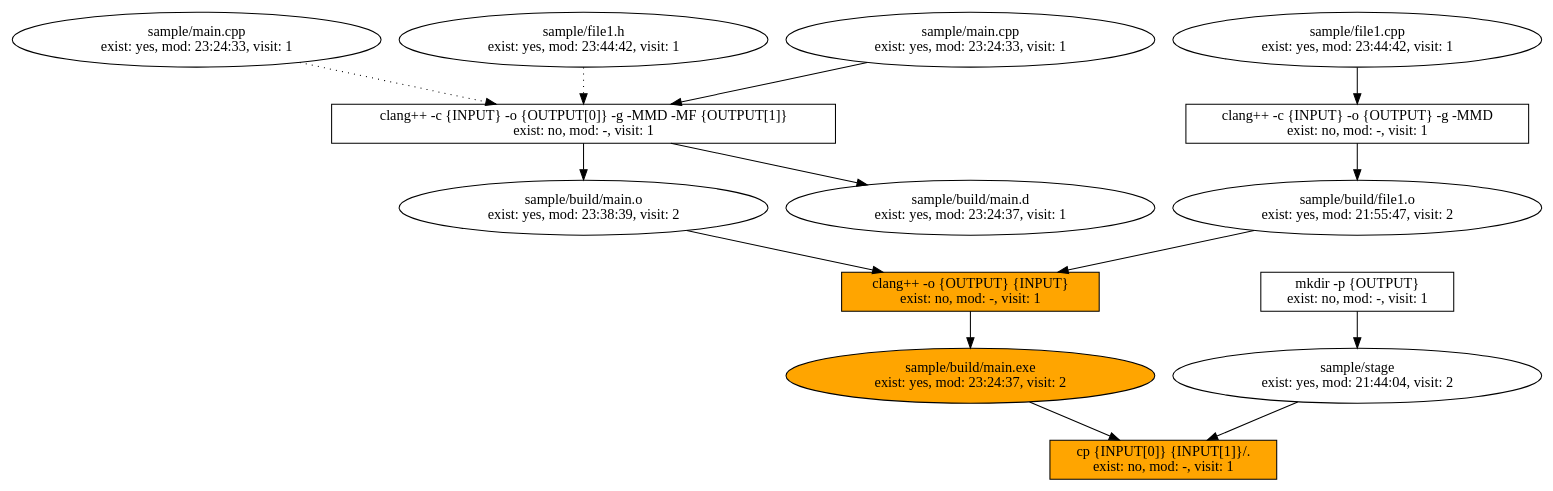
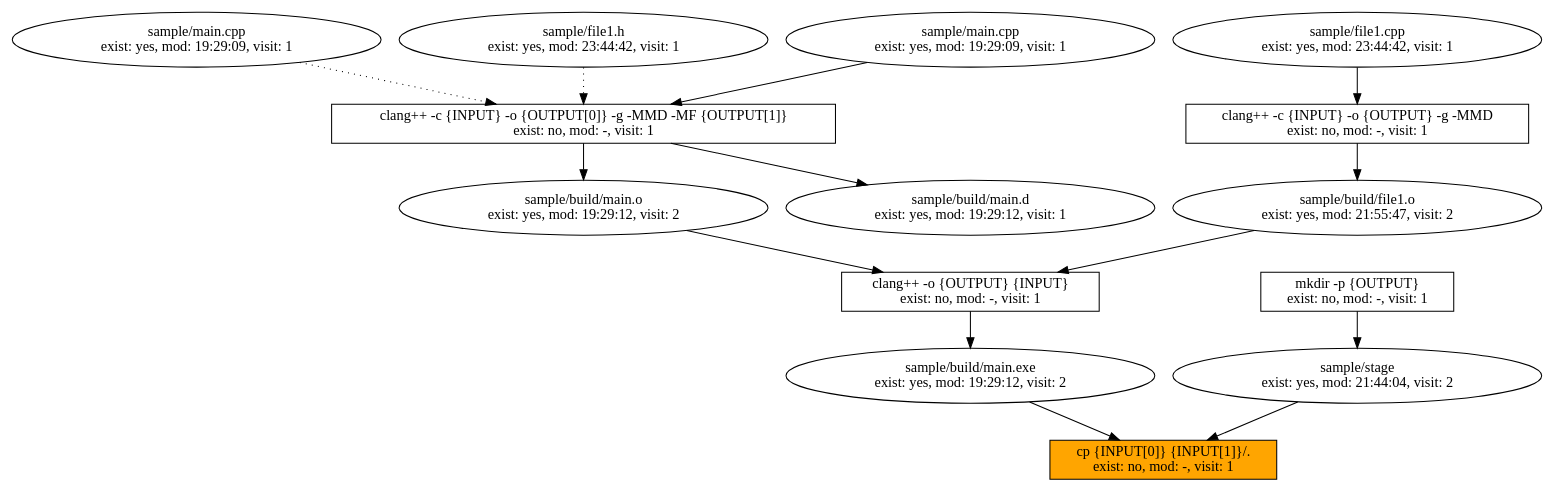
One commit to MacdaraTwomey/buld changed the diagram in graph.dot. Above: the diagram before and after it, drawn with Graphviz. The commit also changed 8 other files, not shown here.

```diff
--- a/graph.dot
+++ b/graph.dot
@@ -1,114 +1,114 @@
 strict digraph G {
-x0x5e031b1c40f0 [label="sample/main.cpp\nexist: yes, mod: 23:24:33, visit: 1", shape=ellipse]
-x0x5e031b1c41b0 [label="sample/file1.h\nexist: yes, mod: 23:44:42, visit: 1", shape=ellipse]
-x0x5e031b1c4270 [label="sample/main.cpp\nexist: yes, mod: 23:24:33, visit: 1", shape=ellipse]
-x0x5e031b1c4270 [label="sample/main.cpp\nexist: yes, mod: 23:24:33, visit: 1", shape=ellipse]
-x0x5e031b1c4270 -> x0x5e031b1c44b0
-x0x5e031b1c40f0 [label="sample/main.cpp\nexist: yes, mod: 23:24:33, visit: 1", shape=ellipse]
-x0x5e031b1c40f0 -> x0x5e031b1c44b0 [style=dotted]
-x0x5e031b1c41b0 [label="sample/file1.h\nexist: yes, mod: 23:44:42, visit: 1", shape=ellipse]
-x0x5e031b1c41b0 -> x0x5e031b1c44b0 [style=dotted]
-x0x5e031b1c44b0 [label="clang++ -c {INPUT} -o {OUTPUT[0]} -g -MMD -MF {OUTPUT[1]}\nexist: no, mod: -, visit: 1", shape=box]
-x0x5e031b1c44b0 -> x0x5e031b1c4330
-x0x5e031b1c44b0 -> x0x5e031b1c43f0
-x0x5e031b1c4330 [label="sample/build/main.o\nexist: yes, mod: 23:38:39, visit: 2", shape=ellipse]
-x0x5e031b1c4270 [label="sample/main.cpp\nexist: yes, mod: 23:24:33, visit: 1", shape=ellipse]
-x0x5e031b1c4270 -> x0x5e031b1c44b0
-x0x5e031b1c40f0 [label="sample/main.cpp\nexist: yes, mod: 23:24:33, visit: 1", shape=ellipse]
-x0x5e031b1c40f0 -> x0x5e031b1c44b0 [style=dotted]
-x0x5e031b1c41b0 [label="sample/file1.h\nexist: yes, mod: 23:44:42, visit: 1", shape=ellipse]
-x0x5e031b1c41b0 -> x0x5e031b1c44b0 [style=dotted]
-x0x5e031b1c44b0 [label="clang++ -c {INPUT} -o {OUTPUT[0]} -g -MMD -MF {OUTPUT[1]}\nexist: no, mod: -, visit: 1", shape=box]
-x0x5e031b1c44b0 -> x0x5e031b1c4330
-x0x5e031b1c44b0 -> x0x5e031b1c43f0
-x0x5e031b1c43f0 [label="sample/build/main.d\nexist: yes, mod: 23:24:37, visit: 1", shape=ellipse]
-x0x5e031b1c4270 [label="sample/main.cpp\nexist: yes, mod: 23:24:33, visit: 1", shape=ellipse]
-x0x5e031b1c4270 -> x0x5e031b1c44b0
-x0x5e031b1c40f0 [label="sample/main.cpp\nexist: yes, mod: 23:24:33, visit: 1", shape=ellipse]
-x0x5e031b1c40f0 -> x0x5e031b1c44b0 [style=dotted]
-x0x5e031b1c41b0 [label="sample/file1.h\nexist: yes, mod: 23:44:42, visit: 1", shape=ellipse]
-x0x5e031b1c41b0 -> x0x5e031b1c44b0 [style=dotted]
-x0x5e031b1c44b0 [label="clang++ -c {INPUT} -o {OUTPUT[0]} -g -MMD -MF {OUTPUT[1]}\nexist: no, mod: -, visit: 1", shape=box]
-x0x5e031b1c44b0 -> x0x5e031b1c4330
-x0x5e031b1c44b0 -> x0x5e031b1c43f0
-x0x5e031b1c4570 [label="sample/file1.cpp\nexist: yes, mod: 23:44:42, visit: 1", shape=ellipse]
-x0x5e031b1c4570 [label="sample/file1.cpp\nexist: yes, mod: 23:44:42, visit: 1", shape=ellipse]
-x0x5e031b1c4570 -> x0x5e031b1c46f0
-x0x5e031b1c46f0 [label="clang++ -c {INPUT} -o {OUTPUT} -g -MMD\nexist: no, mod: -, visit: 1", shape=box]
-x0x5e031b1c46f0 -> x0x5e031b1c4630
-x0x5e031b1c4630 [label="sample/build/file1.o\nexist: yes, mod: 21:55:47, visit: 2", shape=ellipse]
-x0x5e031b1c4570 [label="sample/file1.cpp\nexist: yes, mod: 23:44:42, visit: 1", shape=ellipse]
-x0x5e031b1c4570 -> x0x5e031b1c46f0
-x0x5e031b1c46f0 [label="clang++ -c {INPUT} -o {OUTPUT} -g -MMD\nexist: no, mod: -, visit: 1", shape=box]
-x0x5e031b1c46f0 -> x0x5e031b1c4630
-x0x5e031b1c4270 [label="sample/main.cpp\nexist: yes, mod: 23:24:33, visit: 1", shape=ellipse]
-x0x5e031b1c4270 -> x0x5e031b1c44b0
-x0x5e031b1c40f0 [label="sample/main.cpp\nexist: yes, mod: 23:24:33, visit: 1", shape=ellipse]
-x0x5e031b1c40f0 -> x0x5e031b1c44b0 [style=dotted]
-x0x5e031b1c41b0 [label="sample/file1.h\nexist: yes, mod: 23:44:42, visit: 1", shape=ellipse]
-x0x5e031b1c41b0 -> x0x5e031b1c44b0 [style=dotted]
-x0x5e031b1c44b0 [label="clang++ -c {INPUT} -o {OUTPUT[0]} -g -MMD -MF {OUTPUT[1]}\nexist: no, mod: -, visit: 1", shape=box]
-x0x5e031b1c44b0 -> x0x5e031b1c4330
-x0x5e031b1c44b0 -> x0x5e031b1c43f0
-x0x5e031b1c4330 [label="sample/build/main.o\nexist: yes, mod: 23:38:39, visit: 2", shape=ellipse]
-x0x5e031b1c4330 -> x0x5e031b1c4870
-x0x5e031b1c4570 [label="sample/file1.cpp\nexist: yes, mod: 23:44:42, visit: 1", shape=ellipse]
-x0x5e031b1c4570 -> x0x5e031b1c46f0
-x0x5e031b1c46f0 [label="clang++ -c {INPUT} -o {OUTPUT} -g -MMD\nexist: no, mod: -, visit: 1", shape=box]
-x0x5e031b1c46f0 -> x0x5e031b1c4630
-x0x5e031b1c4630 [label="sample/build/file1.o\nexist: yes, mod: 21:55:47, visit: 2", shape=ellipse]
-x0x5e031b1c4630 -> x0x5e031b1c4870
-x0x5e031b1c4870 [label="clang++ -o {OUTPUT} {INPUT}\nexist: no, mod: -, visit: 1", shape=box, style=filled, fillcolor=orange]
-x0x5e031b1c4870 -> x0x5e031b1c47b0
-x0x5e031b1c47b0 [label="sample/build/main.exe\nexist: yes, mod: 23:24:37, visit: 2", shape=ellipse, style=filled, fillcolor=orange]
-x0x5e031b1c4270 [label="sample/main.cpp\nexist: yes, mod: 23:24:33, visit: 1", shape=ellipse]
-x0x5e031b1c4270 -> x0x5e031b1c44b0
-x0x5e031b1c40f0 [label="sample/main.cpp\nexist: yes, mod: 23:24:33, visit: 1", shape=ellipse]
-x0x5e031b1c40f0 -> x0x5e031b1c44b0 [style=dotted]
-x0x5e031b1c41b0 [label="sample/file1.h\nexist: yes, mod: 23:44:42, visit: 1", shape=ellipse]
-x0x5e031b1c41b0 -> x0x5e031b1c44b0 [style=dotted]
-x0x5e031b1c44b0 [label="clang++ -c {INPUT} -o {OUTPUT[0]} -g -MMD -MF {OUTPUT[1]}\nexist: no, mod: -, visit: 1", shape=box]
-x0x5e031b1c44b0 -> x0x5e031b1c4330
-x0x5e031b1c44b0 -> x0x5e031b1c43f0
-x0x5e031b1c4330 [label="sample/build/main.o\nexist: yes, mod: 23:38:39, visit: 2", shape=ellipse]
-x0x5e031b1c4330 -> x0x5e031b1c4870
-x0x5e031b1c4570 [label="sample/file1.cpp\nexist: yes, mod: 23:44:42, visit: 1", shape=ellipse]
-x0x5e031b1c4570 -> x0x5e031b1c46f0
-x0x5e031b1c46f0 [label="clang++ -c {INPUT} -o {OUTPUT} -g -MMD\nexist: no, mod: -, visit: 1", shape=box]
-x0x5e031b1c46f0 -> x0x5e031b1c4630
-x0x5e031b1c4630 [label="sample/build/file1.o\nexist: yes, mod: 21:55:47, visit: 2", shape=ellipse]
-x0x5e031b1c4630 -> x0x5e031b1c4870
-x0x5e031b1c4870 [label="clang++ -o {OUTPUT} {INPUT}\nexist: no, mod: -, visit: 1", shape=box, style=filled, fillcolor=orange]
-x0x5e031b1c4870 -> x0x5e031b1c47b0
-x0x5e031b1c49f0 [label="mkdir -p {OUTPUT}\nexist: no, mod: -, visit: 1", shape=box]
-x0x5e031b1c49f0 -> x0x5e031b1c4930
-x0x5e031b1c4930 [label="sample/stage\nexist: yes, mod: 21:44:04, visit: 2", shape=ellipse]
-x0x5e031b1c49f0 [label="mkdir -p {OUTPUT}\nexist: no, mod: -, visit: 1", shape=box]
-x0x5e031b1c49f0 -> x0x5e031b1c4930
-x0x5e031b1c4270 [label="sample/main.cpp\nexist: yes, mod: 23:24:33, visit: 1", shape=ellipse]
-x0x5e031b1c4270 -> x0x5e031b1c44b0
-x0x5e031b1c40f0 [label="sample/main.cpp\nexist: yes, mod: 23:24:33, visit: 1", shape=ellipse]
-x0x5e031b1c40f0 -> x0x5e031b1c44b0 [style=dotted]
-x0x5e031b1c41b0 [label="sample/file1.h\nexist: yes, mod: 23:44:42, visit: 1", shape=ellipse]
-x0x5e031b1c41b0 -> x0x5e031b1c44b0 [style=dotted]
-x0x5e031b1c44b0 [label="clang++ -c {INPUT} -o {OUTPUT[0]} -g -MMD -MF {OUTPUT[1]}\nexist: no, mod: -, visit: 1", shape=box]
-x0x5e031b1c44b0 -> x0x5e031b1c4330
-x0x5e031b1c44b0 -> x0x5e031b1c43f0
-x0x5e031b1c4330 [label="sample/build/main.o\nexist: yes, mod: 23:38:39, visit: 2", shape=ellipse]
-x0x5e031b1c4330 -> x0x5e031b1c4870
-x0x5e031b1c4570 [label="sample/file1.cpp\nexist: yes, mod: 23:44:42, visit: 1", shape=ellipse]
-x0x5e031b1c4570 -> x0x5e031b1c46f0
-x0x5e031b1c46f0 [label="clang++ -c {INPUT} -o {OUTPUT} -g -MMD\nexist: no, mod: -, visit: 1", shape=box]
-x0x5e031b1c46f0 -> x0x5e031b1c4630
-x0x5e031b1c4630 [label="sample/build/file1.o\nexist: yes, mod: 21:55:47, visit: 2", shape=ellipse]
-x0x5e031b1c4630 -> x0x5e031b1c4870
-x0x5e031b1c4870 [label="clang++ -o {OUTPUT} {INPUT}\nexist: no, mod: -, visit: 1", shape=box, style=filled, fillcolor=orange]
-x0x5e031b1c4870 -> x0x5e031b1c47b0
-x0x5e031b1c47b0 [label="sample/build/main.exe\nexist: yes, mod: 23:24:37, visit: 2", shape=ellipse, style=filled, fillcolor=orange]
-x0x5e031b1c47b0 -> x0x5e031b1c4ab0
-x0x5e031b1c49f0 [label="mkdir -p {OUTPUT}\nexist: no, mod: -, visit: 1", shape=box]
-x0x5e031b1c49f0 -> x0x5e031b1c4930
-x0x5e031b1c4930 [label="sample/stage\nexist: yes, mod: 21:44:04, visit: 2", shape=ellipse]
-x0x5e031b1c4930 -> x0x5e031b1c4ab0
-x0x5e031b1c4ab0 [label="cp {INPUT[0]} {INPUT[1]}/.\nexist: no, mod: -, visit: 1", shape=box, style=filled, fillcolor=orange]
+x0x632cb2809108 [label="sample/main.cpp\nexist: yes, mod: 19:29:09, visit: 1", shape=ellipse]
+x0x632cb28091c8 [label="sample/file1.h\nexist: yes, mod: 23:44:42, visit: 1", shape=ellipse]
+x0x632cb2809288 [label="sample/main.cpp\nexist: yes, mod: 19:29:09, visit: 1", shape=ellipse]
+x0x632cb2809288 [label="sample/main.cpp\nexist: yes, mod: 19:29:09, visit: 1", shape=ellipse]
+x0x632cb2809288 -> x0x632cb28094c8
+x0x632cb2809108 [label="sample/main.cpp\nexist: yes, mod: 19:29:09, visit: 1", shape=ellipse]
+x0x632cb2809108 -> x0x632cb28094c8 [style=dotted]
+x0x632cb28091c8 [label="sample/file1.h\nexist: yes, mod: 23:44:42, visit: 1", shape=ellipse]
+x0x632cb28091c8 -> x0x632cb28094c8 [style=dotted]
+x0x632cb28094c8 [label="clang++ -c {INPUT} -o {OUTPUT[0]} -g -MMD -MF {OUTPUT[1]}\nexist: no, mod: -, visit: 1", shape=box]
+x0x632cb28094c8 -> x0x632cb2809348
+x0x632cb28094c8 -> x0x632cb2809408
+x0x632cb2809348 [label="sample/build/main.o\nexist: yes, mod: 19:29:12, visit: 2", shape=ellipse]
+x0x632cb2809288 [label="sample/main.cpp\nexist: yes, mod: 19:29:09, visit: 1", shape=ellipse]
+x0x632cb2809288 -> x0x632cb28094c8
+x0x632cb2809108 [label="sample/main.cpp\nexist: yes, mod: 19:29:09, visit: 1", shape=ellipse]
+x0x632cb2809108 -> x0x632cb28094c8 [style=dotted]
+x0x632cb28091c8 [label="sample/file1.h\nexist: yes, mod: 23:44:42, visit: 1", shape=ellipse]
+x0x632cb28091c8 -> x0x632cb28094c8 [style=dotted]
+x0x632cb28094c8 [label="clang++ -c {INPUT} -o {OUTPUT[0]} -g -MMD -MF {OUTPUT[1]}\nexist: no, mod: -, visit: 1", shape=box]
+x0x632cb28094c8 -> x0x632cb2809348
+x0x632cb28094c8 -> x0x632cb2809408
+x0x632cb2809408 [label="sample/build/main.d\nexist: yes, mod: 19:29:12, visit: 1", shape=ellipse]
+x0x632cb2809288 [label="sample/main.cpp\nexist: yes, mod: 19:29:09, visit: 1", shape=ellipse]
+x0x632cb2809288 -> x0x632cb28094c8
+x0x632cb2809108 [label="sample/main.cpp\nexist: yes, mod: 19:29:09, visit: 1", shape=ellipse]
+x0x632cb2809108 -> x0x632cb28094c8 [style=dotted]
+x0x632cb28091c8 [label="sample/file1.h\nexist: yes, mod: 23:44:42, visit: 1", shape=ellipse]
+x0x632cb28091c8 -> x0x632cb28094c8 [style=dotted]
+x0x632cb28094c8 [label="clang++ -c {INPUT} -o {OUTPUT[0]} -g -MMD -MF {OUTPUT[1]}\nexist: no, mod: -, visit: 1", shape=box]
+x0x632cb28094c8 -> x0x632cb2809348
+x0x632cb28094c8 -> x0x632cb2809408
+x0x632cb2809588 [label="sample/file1.cpp\nexist: yes, mod: 23:44:42, visit: 1", shape=ellipse]
+x0x632cb2809588 [label="sample/file1.cpp\nexist: yes, mod: 23:44:42, visit: 1", shape=ellipse]
+x0x632cb2809588 -> x0x632cb2809708
+x0x632cb2809708 [label="clang++ -c {INPUT} -o {OUTPUT} -g -MMD\nexist: no, mod: -, visit: 1", shape=box]
+x0x632cb2809708 -> x0x632cb2809648
+x0x632cb2809648 [label="sample/build/file1.o\nexist: yes, mod: 21:55:47, visit: 2", shape=ellipse]
+x0x632cb2809588 [label="sample/file1.cpp\nexist: yes, mod: 23:44:42, visit: 1", shape=ellipse]
+x0x632cb2809588 -> x0x632cb2809708
+x0x632cb2809708 [label="clang++ -c {INPUT} -o {OUTPUT} -g -MMD\nexist: no, mod: -, visit: 1", shape=box]
+x0x632cb2809708 -> x0x632cb2809648
+x0x632cb2809288 [label="sample/main.cpp\nexist: yes, mod: 19:29:09, visit: 1", shape=ellipse]
+x0x632cb2809288 -> x0x632cb28094c8
+x0x632cb2809108 [label="sample/main.cpp\nexist: yes, mod: 19:29:09, visit: 1", shape=ellipse]
+x0x632cb2809108 -> x0x632cb28094c8 [style=dotted]
+x0x632cb28091c8 [label="sample/file1.h\nexist: yes, mod: 23:44:42, visit: 1", shape=ellipse]
+x0x632cb28091c8 -> x0x632cb28094c8 [style=dotted]
+x0x632cb28094c8 [label="clang++ -c {INPUT} -o {OUTPUT[0]} -g -MMD -MF {OUTPUT[1]}\nexist: no, mod: -, visit: 1", shape=box]
+x0x632cb28094c8 -> x0x632cb2809348
+x0x632cb28094c8 -> x0x632cb2809408
+x0x632cb2809348 [label="sample/build/main.o\nexist: yes, mod: 19:29:12, visit: 2", shape=ellipse]
+x0x632cb2809348 -> x0x632cb2809888
+x0x632cb2809588 [label="sample/file1.cpp\nexist: yes, mod: 23:44:42, visit: 1", shape=ellipse]
+x0x632cb2809588 -> x0x632cb2809708
+x0x632cb2809708 [label="clang++ -c {INPUT} -o {OUTPUT} -g -MMD\nexist: no, mod: -, visit: 1", shape=box]
+x0x632cb2809708 -> x0x632cb2809648
+x0x632cb2809648 [label="sample/build/file1.o\nexist: yes, mod: 21:55:47, visit: 2", shape=ellipse]
+x0x632cb2809648 -> x0x632cb2809888
+x0x632cb2809888 [label="clang++ -o {OUTPUT} {INPUT}\nexist: no, mod: -, visit: 1", shape=box]
+x0x632cb2809888 -> x0x632cb28097c8
+x0x632cb28097c8 [label="sample/build/main.exe\nexist: yes, mod: 19:29:12, visit: 2", shape=ellipse]
+x0x632cb2809288 [label="sample/main.cpp\nexist: yes, mod: 19:29:09, visit: 1", shape=ellipse]
+x0x632cb2809288 -> x0x632cb28094c8
+x0x632cb2809108 [label="sample/main.cpp\nexist: yes, mod: 19:29:09, visit: 1", shape=ellipse]
+x0x632cb2809108 -> x0x632cb28094c8 [style=dotted]
+x0x632cb28091c8 [label="sample/file1.h\nexist: yes, mod: 23:44:42, visit: 1", shape=ellipse]
+x0x632cb28091c8 -> x0x632cb28094c8 [style=dotted]
+x0x632cb28094c8 [label="clang++ -c {INPUT} -o {OUTPUT[0]} -g -MMD -MF {OUTPUT[1]}\nexist: no, mod: -, visit: 1", shape=box]
+x0x632cb28094c8 -> x0x632cb2809348
+x0x632cb28094c8 -> x0x632cb2809408
+x0x632cb2809348 [label="sample/build/main.o\nexist: yes, mod: 19:29:12, visit: 2", shape=ellipse]
+x0x632cb2809348 -> x0x632cb2809888
+x0x632cb2809588 [label="sample/file1.cpp\nexist: yes, mod: 23:44:42, visit: 1", shape=ellipse]
+x0x632cb2809588 -> x0x632cb2809708
+x0x632cb2809708 [label="clang++ -c {INPUT} -o {OUTPUT} -g -MMD\nexist: no, mod: -, visit: 1", shape=box]
+x0x632cb2809708 -> x0x632cb2809648
+x0x632cb2809648 [label="sample/build/file1.o\nexist: yes, mod: 21:55:47, visit: 2", shape=ellipse]
+x0x632cb2809648 -> x0x632cb2809888
+x0x632cb2809888 [label="clang++ -o {OUTPUT} {INPUT}\nexist: no, mod: -, visit: 1", shape=box]
+x0x632cb2809888 -> x0x632cb28097c8
+x0x632cb2809a08 [label="mkdir -p {OUTPUT}\nexist: no, mod: -, visit: 1", shape=box]
+x0x632cb2809a08 -> x0x632cb2809948
+x0x632cb2809948 [label="sample/stage\nexist: yes, mod: 21:44:04, visit: 2", shape=ellipse]
+x0x632cb2809a08 [label="mkdir -p {OUTPUT}\nexist: no, mod: -, visit: 1", shape=box]
+x0x632cb2809a08 -> x0x632cb2809948
+x0x632cb2809288 [label="sample/main.cpp\nexist: yes, mod: 19:29:09, visit: 1", shape=ellipse]
+x0x632cb2809288 -> x0x632cb28094c8
+x0x632cb2809108 [label="sample/main.cpp\nexist: yes, mod: 19:29:09, visit: 1", shape=ellipse]
+x0x632cb2809108 -> x0x632cb28094c8 [style=dotted]
+x0x632cb28091c8 [label="sample/file1.h\nexist: yes, mod: 23:44:42, visit: 1", shape=ellipse]
+x0x632cb28091c8 -> x0x632cb28094c8 [style=dotted]
+x0x632cb28094c8 [label="clang++ -c {INPUT} -o {OUTPUT[0]} -g -MMD -MF {OUTPUT[1]}\nexist: no, mod: -, visit: 1", shape=box]
+x0x632cb28094c8 -> x0x632cb2809348
+x0x632cb28094c8 -> x0x632cb2809408
+x0x632cb2809348 [label="sample/build/main.o\nexist: yes, mod: 19:29:12, visit: 2", shape=ellipse]
+x0x632cb2809348 -> x0x632cb2809888
+x0x632cb2809588 [label="sample/file1.cpp\nexist: yes, mod: 23:44:42, visit: 1", shape=ellipse]
+x0x632cb2809588 -> x0x632cb2809708
+x0x632cb2809708 [label="clang++ -c {INPUT} -o {OUTPUT} -g -MMD\nexist: no, mod: -, visit: 1", shape=box]
+x0x632cb2809708 -> x0x632cb2809648
+x0x632cb2809648 [label="sample/build/file1.o\nexist: yes, mod: 21:55:47, visit: 2", shape=ellipse]
+x0x632cb2809648 -> x0x632cb2809888
+x0x632cb2809888 [label="clang++ -o {OUTPUT} {INPUT}\nexist: no, mod: -, visit: 1", shape=box]
+x0x632cb2809888 -> x0x632cb28097c8
+x0x632cb28097c8 [label="sample/build/main.exe\nexist: yes, mod: 19:29:12, visit: 2", shape=ellipse]
+x0x632cb28097c8 -> x0x632cb2809ac8
+x0x632cb2809a08 [label="mkdir -p {OUTPUT}\nexist: no, mod: -, visit: 1", shape=box]
+x0x632cb2809a08 -> x0x632cb2809948
+x0x632cb2809948 [label="sample/stage\nexist: yes, mod: 21:44:04, visit: 2", shape=ellipse]
+x0x632cb2809948 -> x0x632cb2809ac8
+x0x632cb2809ac8 [label="cp {INPUT[0]} {INPUT[1]}/.\nexist: no, mod: -, visit: 1", shape=box, style=filled, fillcolor=orange]
 }
```
